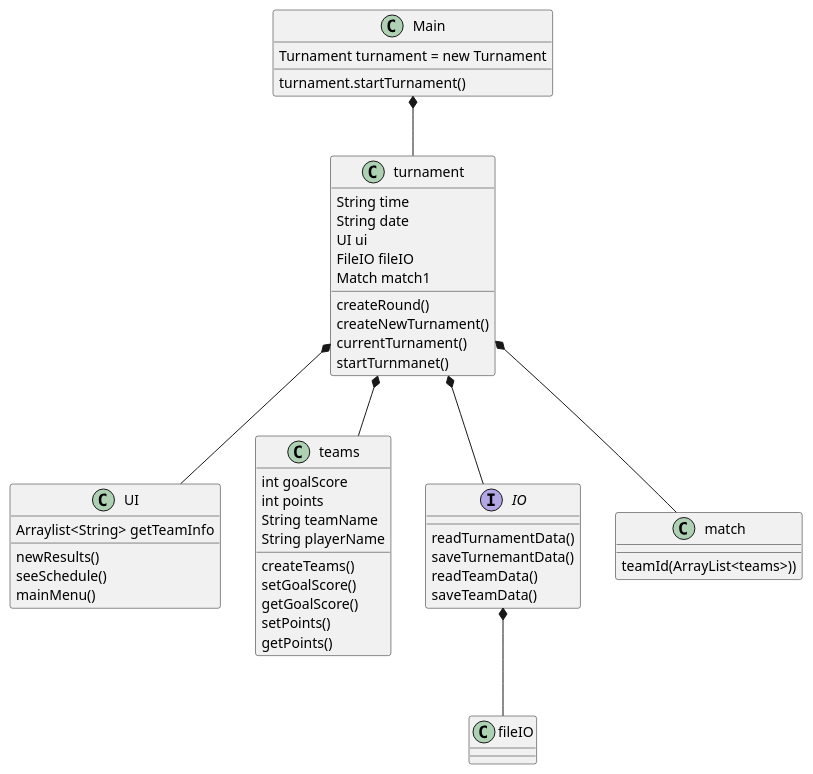
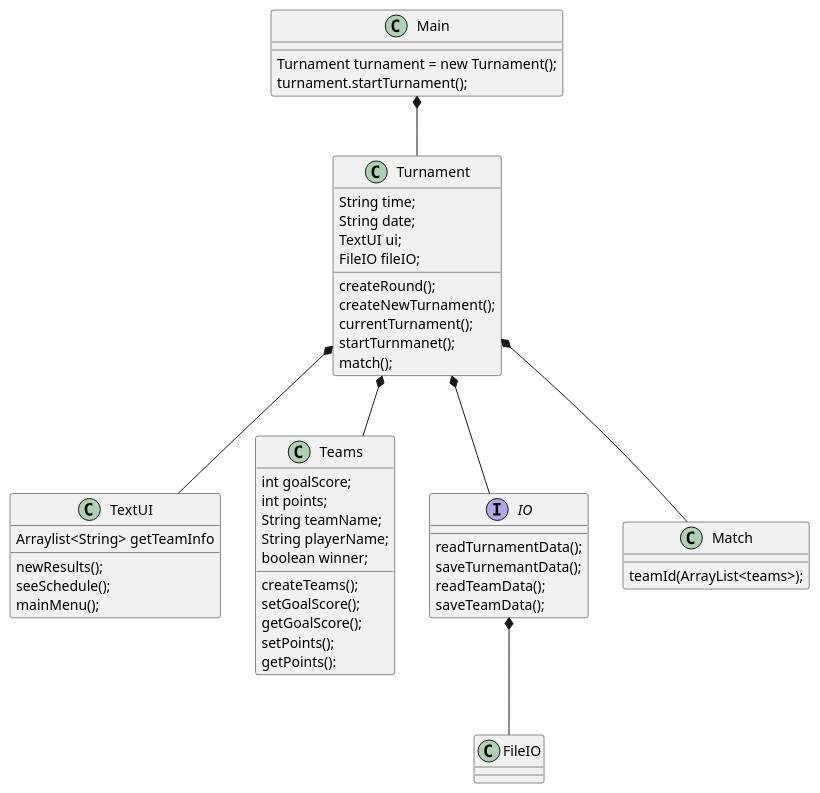
One commit to Marpeddata/SP3 changed the diagram in src/ClassDiagram.puml. Above: the diagram before and after it, drawn with PlantUML. The commit also changed 1 other file, not shown here.

```diff
--- a/src/ClassDiagram.puml
+++ b/src/ClassDiagram.puml
@@ -1,58 +1,58 @@
 @startuml
 'https://plantuml.com/sequence-diagram
 
 class Main
-class UI
-class turnament
-class teams
+class TextUI
+class Turnament
+class Teams
 Interface IO
-class match
-class fileIO
+class Match
+class FileIO
 
-Main *-- turnament
+Main *-- Turnament
 
-turnament *-- UI
-turnament *-- IO
-turnament *-- teams
-turnament *-- match
+Turnament *-- TextUI
+Turnament *-- IO
+Turnament *-- Teams
+Turnament *-- Match
 
-IO *-- fileIO
+IO *-- FileIO
 
-Main : Turnament turnament = new Turnament
-Main : turnament.startTurnament()
+Main : Turnament turnament = new Turnament();
+Main : turnament.startTurnament();
 
-match : teamId(ArrayList<teams>))
+Match : teamId(ArrayList<teams>);
 
-IO : readTurnamentData()
-IO : saveTurnemantData()
-IO : readTeamData()
-IO : saveTeamData()
+IO : readTurnamentData();
+IO : saveTurnemantData();
+IO : readTeamData();
+IO : saveTeamData();
 
-teams : int goalScore
-teams : int points
-teams : String teamName
-teams : String playerName
-teams : createTeams()
-teams : setGoalScore()
-teams : getGoalScore()
-teams : setPoints()
-teams : getPoints()
+Teams : int goalScore;
+Teams : int points;
+Teams : String teamName;
+Teams : String playerName;
+Teams : createTeams();
+Teams : setGoalScore();
+Teams : getGoalScore();
+Teams : setPoints();
+Teams : getPoints():
+Teams : boolean winner;
 
+Turnament : String time;
+Turnament : String date;
+Turnament : createRound();
+Turnament : TextUI ui;
+Turnament : FileIO fileIO;
 
-turnament : String time
-turnament : String date
-turnament : createRound()
-turnament : UI ui
-turnament : FileIO fileIO
+Turnament : createNewTurnament();
+Turnament : currentTurnament();
+Turnament : startTurnmanet();
+Turnament : match();
 
-turnament : createNewTurnament()
-turnament : currentTurnament()
-turnament : startTurnmanet()
-turnament : Match match1
-
-UI : newResults()
-UI : seeSchedule()
-UI : mainMenu()
-UI : Arraylist<String> getTeamInfo
+TextUI : newResults();
+TextUI : seeSchedule();
+TextUI : mainMenu();
+TextUI : Arraylist<String> getTeamInfo
 
 @enduml
```
